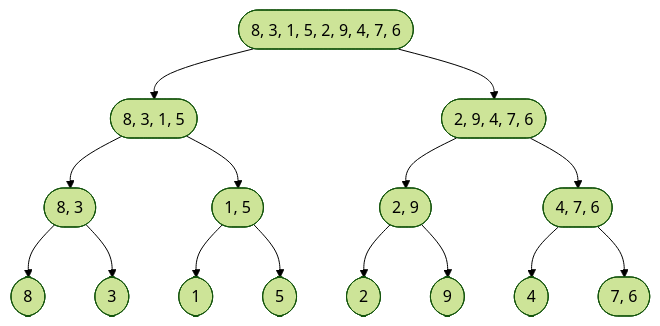
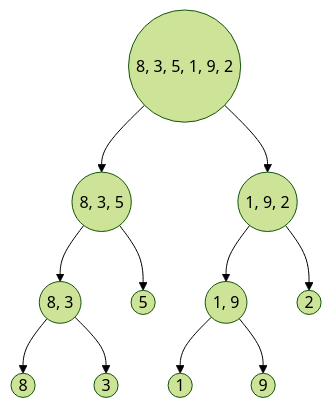
Before and after one commit to YCChenVictor/blog-frontend: the first of 2 diagrams in _posts/software/data_structure_and_algorithm/sort/2023-03-09-sort.md, drawn with Mermaid (forest theme). The commit also changed other lines of this file and 1 other file, not shown here.

```diff
--- a/_posts/software/data_structure_and_algorithm/sort/2023-03-09-sort.md
+++ b/_posts/software/data_structure_and_algorithm/sort/2023-03-09-sort.md
@@ -184,17 +97,17 @@
-  <div class="mermaid">
-    graph TB
-      A([8, 3, 1, 5, 2, 9, 4, 7, 6]) --> B([8, 3, 1, 5])
-      A([8, 3, 1, 5, 2, 9, 4, 7, 6]) --> C([2, 9, 4, 7, 6])
-      B([8, 3, 1, 5]) --> D([8, 3])
-      B([8, 3, 1, 5]) --> E([1, 5])
-      C([2, 9, 4, 7, 6]) --> F([2, 9])
-      C([2, 9, 4, 7, 6]) --> G([4, 7, 6])
-      F([2, 9]) --> H([2])
-      F([2, 9]) --> I([9])
-      G([4, 7, 6]) --> J([4])
-      G([4, 7, 6]) --> K([7, 6])
-      D([8, 3]) --> L([8])
-      D([8, 3]) --> M([3])
-      E([1, 5]) --> N([1])
-      E([1, 5]) --> O([5])
-  </div>
+    <div class="mermaid">
+      graph TD
+        id1((8, 3, 5, 1, 9, 2)) --> id2((8, 3, 5))
+        id1((8, 3, 5, 1, 9, 2)) --> id3((1, 9, 2))
+
+        id2((8, 3, 5)) --> id4((8, 3))
+        id2((8, 3, 5)) --> id5((5))
+      
+        id3((1, 9, 2)) --> id6((1, 9))
+        id3((1, 9, 2)) --> id7((2))
+
+        id4((8, 3)) --> id8((8))
+        id4((8, 3)) --> id9((3))
+
+        id6((1, 9)) --> id10((1))
+        id6((1, 9)) --> id11((9))
+    </div>
```
